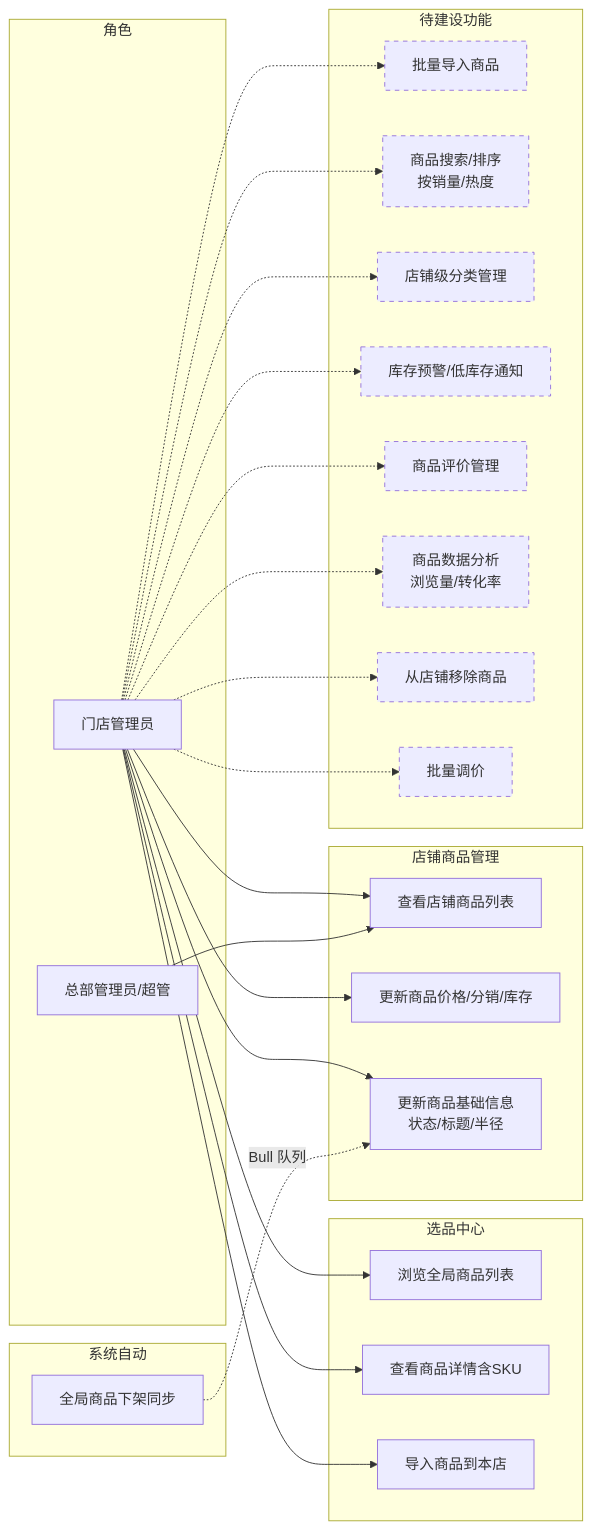
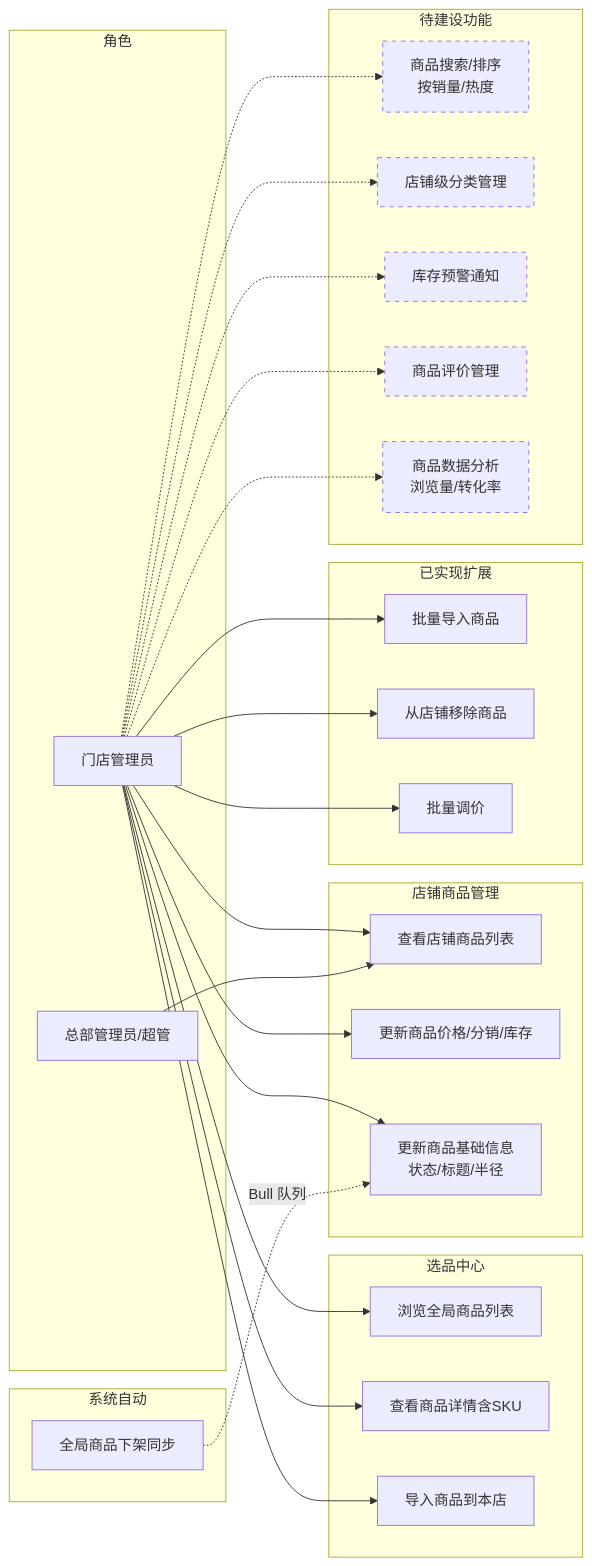
One commit to hqh-dot-wj/O2O-Mall-project changed the first of 6 diagrams in apps/backend/docs/requirements/store/product/product-requirements.md. Above: the diagram before and after it, drawn with Mermaid. The commit also changed other lines of this file and 26 other files, not shown here.

````diff
--- a/apps/backend/docs/requirements/store/product/product-requirements.md
+++ b/apps/backend/docs/requirements/store/product/product-requirements.md
@@ -40,62 +40,62 @@
 ```mermaid
 graph LR
     subgraph 角色
         SA[门店管理员]
         HQ[总部管理员/超管]
     end
 
     subgraph 选品中心
         UC1[浏览全局商品列表]
         UC2[查看商品详情含SKU]
         UC3[导入商品到本店]
     end
 
     subgraph 店铺商品管理
         UC4[查看店铺商品列表]
         UC5[更新商品价格/分销/库存]
         UC6[更新商品基础信息<br/>状态/标题/半径]
     end
 
     subgraph 系统自动
         UC7[全局商品下架同步]
     end
 
+    subgraph 已实现扩展
+        UC8[批量导入商品]
+        UC14[从店铺移除商品]
+        UC15[批量调价]
+    end
+
     subgraph 待建设功能
-        UC8[批量导入商品]
         UC9[商品搜索/排序<br/>按销量/热度]
         UC10[店铺级分类管理]
-        UC11[库存预警/低库存通知]
+        UC11[库存预警通知]
         UC12[商品评价管理]
         UC13[商品数据分析<br/>浏览量/转化率]
-        UC14[从店铺移除商品]
-        UC15[批量调价]
     end
 
     SA --> UC1
     SA --> UC2
     SA --> UC3
     SA --> UC4
     SA --> UC5
     SA --> UC6
     HQ --> UC4
 
     UC7 -.->|Bull 队列| UC6
 
-    SA -.-> UC8
+    SA --> UC8
+    SA --> UC14
+    SA --> UC15
     SA -.-> UC9
     SA -.-> UC10
     SA -.-> UC11
     SA -.-> UC12
     SA -.-> UC13
-    SA -.-> UC14
-    SA -.-> UC15
 
-    style UC8 stroke-dasharray: 5 5
     style UC9 stroke-dasharray: 5 5
     style UC10 stroke-dasharray: 5 5
     style UC11 stroke-dasharray: 5 5
     style UC12 stroke-dasharray: 5 5
     style UC13 stroke-dasharray: 5 5
-    style UC14 stroke-dasharray: 5 5
-    style UC15 stroke-dasharray: 5 5
 ```
````
